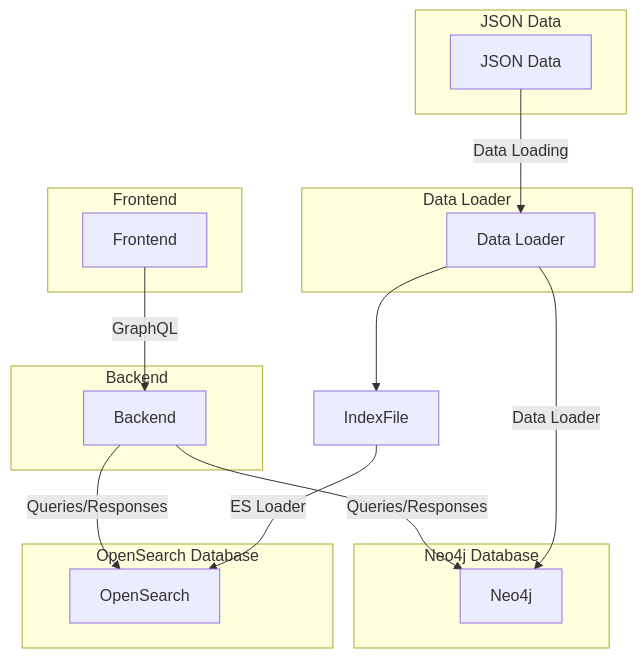
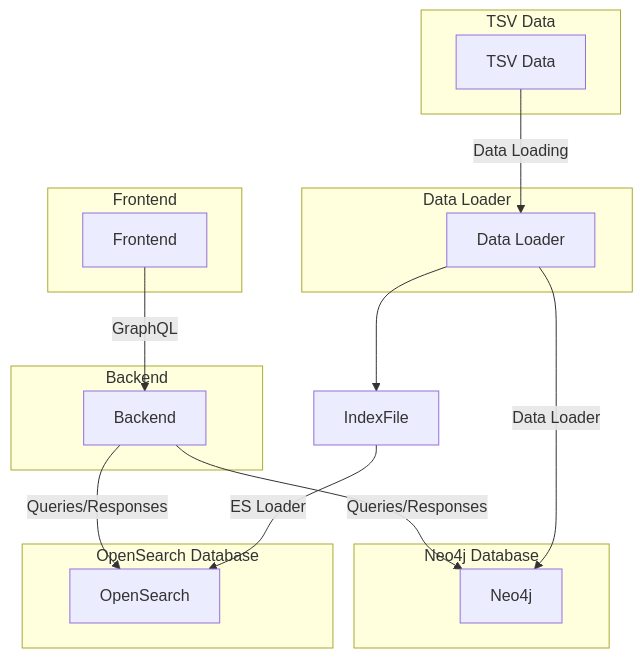
The diagram in README.md (CBIIT/crdc-ctdc-starter-kit), drawn with Mermaid before and after one commit.

````diff
--- a/README.md
+++ b/README.md
@@ -29,38 +29,38 @@
 ```mermaid
 
 graph TD
   subgraph Frontend
     F[Frontend]
   end
 
   subgraph Backend
     B[Backend]
   end
 
   subgraph Data Loader
     DL[Data Loader]
   end
 
   subgraph Neo4j Database
     N[Neo4j]
   end
 
   subgraph OpenSearch Database
     O[OpenSearch]
   end
 
-  subgraph JSON Data
-    JSON[JSON Data]
+  subgraph TSV Data
+    TSV[TSV Data]
   end
 
   F -->|GraphQL| B
   B -->|Queries/Responses| N
   B -->|Queries/Responses| O
 
-  JSON -->|Data Loading| DL
+  TSV -->|Data Loading| DL
   IndexFile -->|ES Loader| O
   DL -->  IndexFile 
   DL -->|Data Loader| N
 
 
 ```
````
